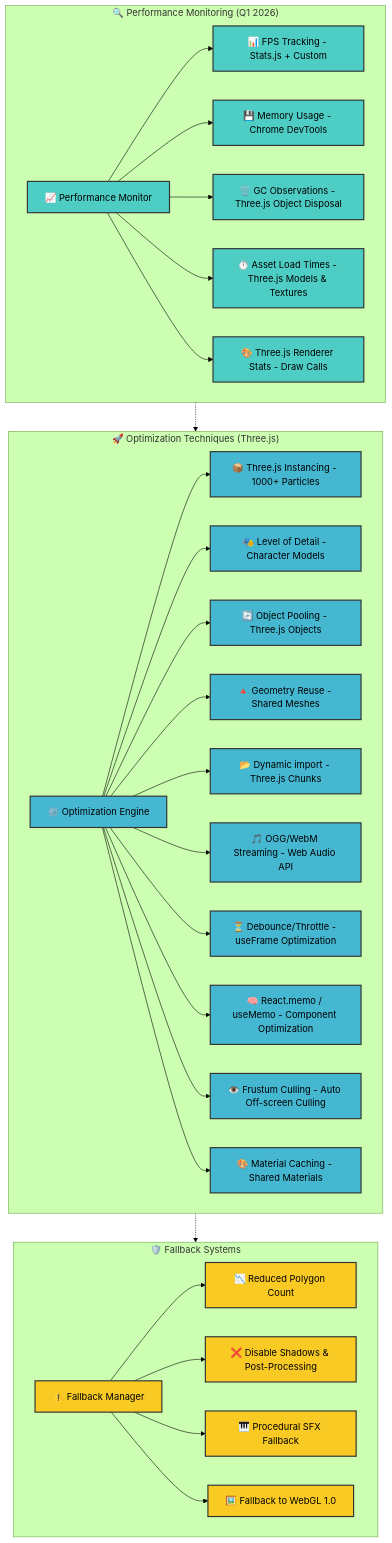
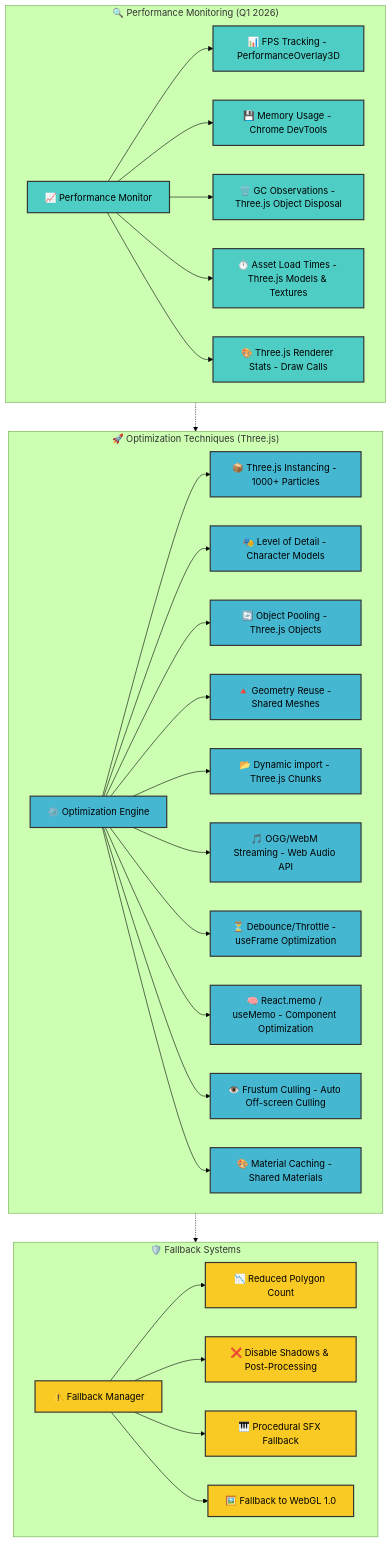
Before and after one commit to Hack23/blacktrigram: the seventh of 22 diagrams in docs/api/media/ARCHITECTURE.md, drawn with Mermaid (forest theme). The commit also changed other lines of this file and 1833 other files, not shown here.

````diff
--- a/docs/api/media/ARCHITECTURE.md
+++ b/docs/api/media/ARCHITECTURE.md
@@ -1050,66 +1189,66 @@
 ```mermaid
 graph TD
     subgraph PM["🔍 Performance Monitoring (Q1 2026)"]
       PerfMon[📈 Performance Monitor]
-      FPS[📊 FPS Tracking - Stats.js + Custom]
+      FPS[📊 FPS Tracking - PerformanceOverlay3D]
       Memory[💾 Memory Usage - Chrome DevTools]
       GC[🗑️ GC Observations - Three.js Object Disposal]
       AssetTiming[⏱️ Asset Load Times - Three.js Models & Textures]
       ThreeRenderer[🎨 Three.js Renderer Stats - Draw Calls]
     end
 
     subgraph OT["🚀 Optimization Techniques (Three.js)"]
       OptEngine[⚙️ Optimization Engine]
       Instancing[📦 Three.js Instancing - 1000+ Particles]
       LOD[🎭 Level of Detail - Character Models]
       ObjectPooling[🔄 Object Pooling - Three.js Objects]
       GeometryReuse[🔺 Geometry Reuse - Shared Meshes]
       CodeSplitting[📂 Dynamic import - Three.js Chunks]
       AudioCompression[🎵 OGG/WebM Streaming - Web Audio API]
       Debounce[⏳ Debounce/Throttle - useFrame Optimization]
       Memoization[🧠 React.memo / useMemo - Component Optimization]
       FrustumCulling[👁️ Frustum Culling - Auto Off-screen Culling]
       MaterialReuse[🎨 Material Caching - Shared Materials]
     end
 
     subgraph FS["🛡️ Fallback Systems"]
       FallbackMgr[⚠️ Fallback Manager]
       LowQualityMode[📉 Reduced Polygon Count]
       ReducedEffects[❌ Disable Shadows & Post-Processing]
       ProceduralAudio[🎹 Procedural SFX Fallback]
       WebGLFallback[🖼️ Fallback to WebGL 1.0]
     end
 
     PerfMon --> FPS
     PerfMon --> Memory
     PerfMon --> GC
     PerfMon --> AssetTiming
     PerfMon --> ThreeRenderer
 
     OptEngine --> Instancing
     OptEngine --> LOD
     OptEngine --> ObjectPooling
     OptEngine --> GeometryReuse
     OptEngine --> CodeSplitting
     OptEngine --> AudioCompression
     OptEngine --> Debounce
     OptEngine --> Memoization
     OptEngine --> FrustumCulling
     OptEngine --> MaterialReuse
 
     FallbackMgr --> LowQualityMode
     FallbackMgr --> ReducedEffects
     FallbackMgr --> ProceduralAudio
     FallbackMgr --> WebGLFallback
 
     PM -.-> OT
     OT -.-> FS
 
     classDef perfMon fill:#4ecdc4,stroke:#333,stroke-width:2px,color:#000
     classDef optTech fill:#45b7d1,stroke:#333,stroke-width:2px,color:#000
     classDef fallback fill:#f9ca24,stroke:#333,stroke-width:2px,color:#000
 
     class PerfMon,FPS,Memory,GC,AssetTiming,ThreeRenderer perfMon
     class OptEngine,Instancing,LOD,ObjectPooling,GeometryReuse,CodeSplitting,AudioCompression,Debounce,Memoization,FrustumCulling,MaterialReuse optTech
     class FallbackMgr,LowQualityMode,ReducedEffects,ProceduralAudio,WebGLFallback fallback
 ```
````
